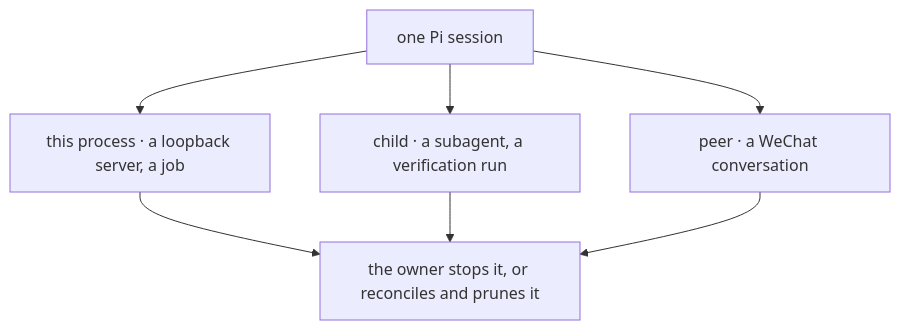
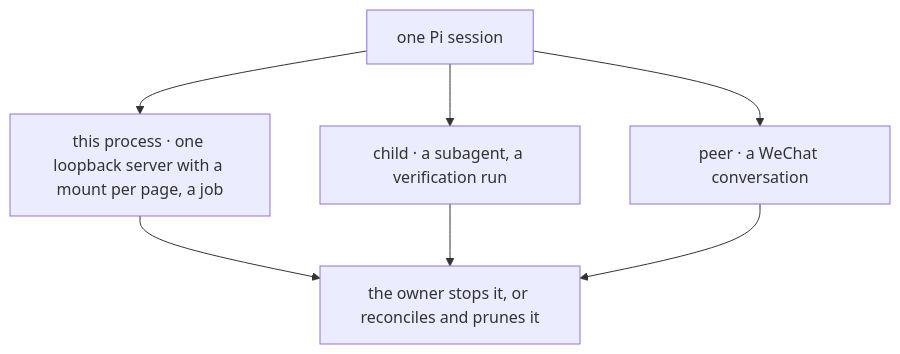
The third of 4 diagrams in docs/architecture.md (gavin-hu/my-pi-agent), drawn with Mermaid before and after one commit. The commit also changed other lines of this file and 81 other files, not shown here.

````diff
--- a/docs/architecture.md
+++ b/docs/architecture.md
@@ -276,9 +276,9 @@
 ```mermaid
 flowchart TD
-  S["one Pi session"] --> A["this process · a loopback server, a job"]
+  S["one Pi session"] --> A["this process · one loopback server with a mount per page, a job"]
   S --> B["child · a subagent, a verification run"]
   S --> C["peer · a WeChat conversation"]
   A --> Z["the owner stops it, or reconciles and prunes it"]
   B --> Z
   C --> Z
 ```
````
